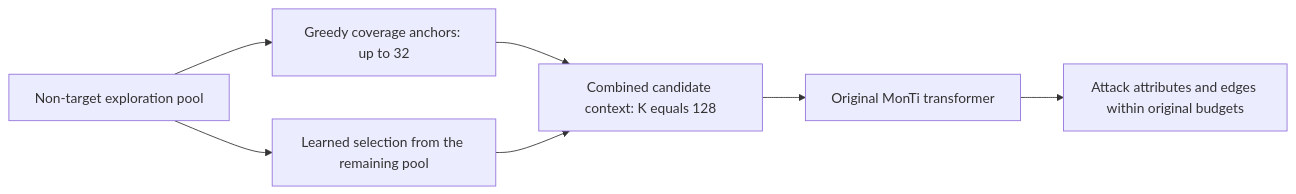
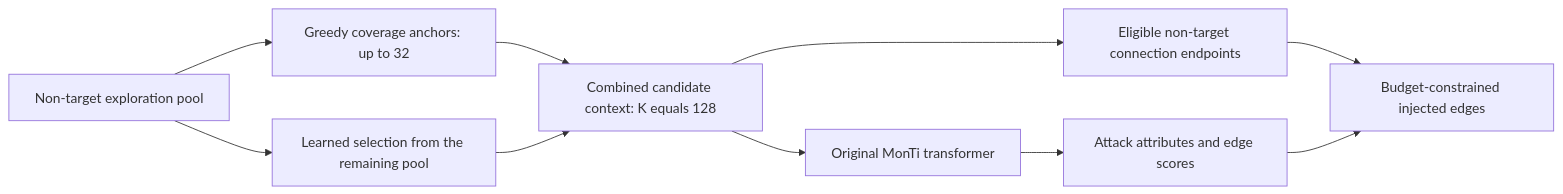
Before and after one commit to TangWalden/CISC8006-MonTi: the diagram in course/FULL_EVALUATION_PLAN.md, drawn with Mermaid. The commit also changed other lines of this file and 2 other files, not shown here.

Commit message:
Clarify candidate context and edge-endpoint roles and diagnostic limits

````diff
--- a/course/FULL_EVALUATION_PLAN.md
+++ b/course/FULL_EVALUATION_PLAN.md
@@ -25,9 +25,12 @@
 ```mermaid
 flowchart LR
     P[Non-target exploration pool] --> G[Greedy coverage anchors: up to 32]
     P --> L[Learned selection from the remaining pool]
     G --> M[Combined candidate context: K equals 128]
     L --> M
     M --> T[Original MonTi transformer]
-    T --> A[Attack attributes and edges within original budgets]
+    M --> E[Eligible non-target connection endpoints]
+    T --> A[Attack attributes and edge scores]
+    E --> B[Budget-constrained injected edges]
+    A --> B
 ```
````
